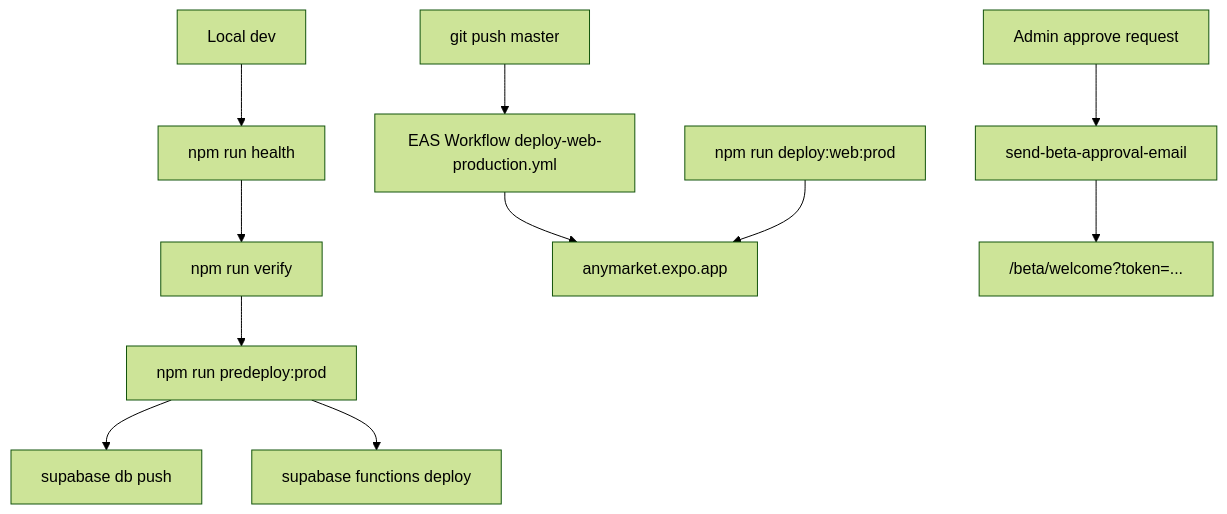
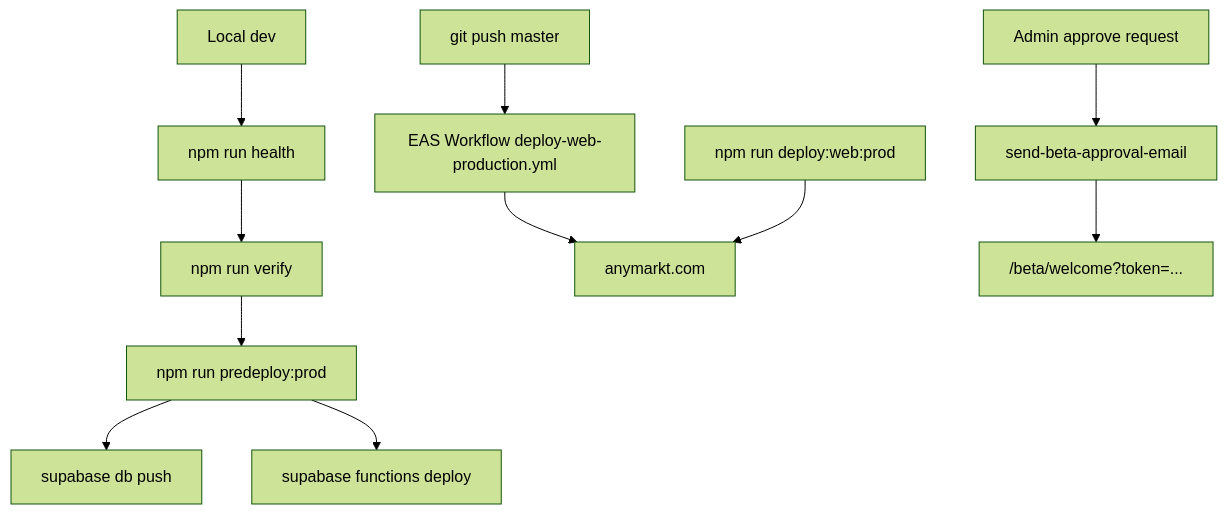
One commit to rcdev714/qbet changed the diagram in docs/README.md. Above: the diagram before and after it, drawn with Mermaid (forest theme). The commit also changed other lines of this file and 182 other files, not shown here.

````diff
--- a/docs/README.md
+++ b/docs/README.md
@@ -32,13 +33,13 @@
 ```mermaid
 flowchart TD
   dev[Local dev] --> health[npm run health]
   health --> verify[npm run verify]
   verify --> predeploy[npm run predeploy:prod]
   predeploy --> dbpush[supabase db push]
   predeploy --> fnDeploy[supabase functions deploy]
   push[git push master] --> easWorkflow[EAS Workflow deploy-web-production.yml]
-  easWorkflow --> anymarket[anymarket.expo.app]
+  easWorkflow --> anymarket[anymarkt.com]
   manual[npm run deploy:web:prod] --> anymarket
   approve[Admin approve request] --> resend[send-beta-approval-email]
   resend --> welcome["/beta/welcome?token=..."]
 ```
````
